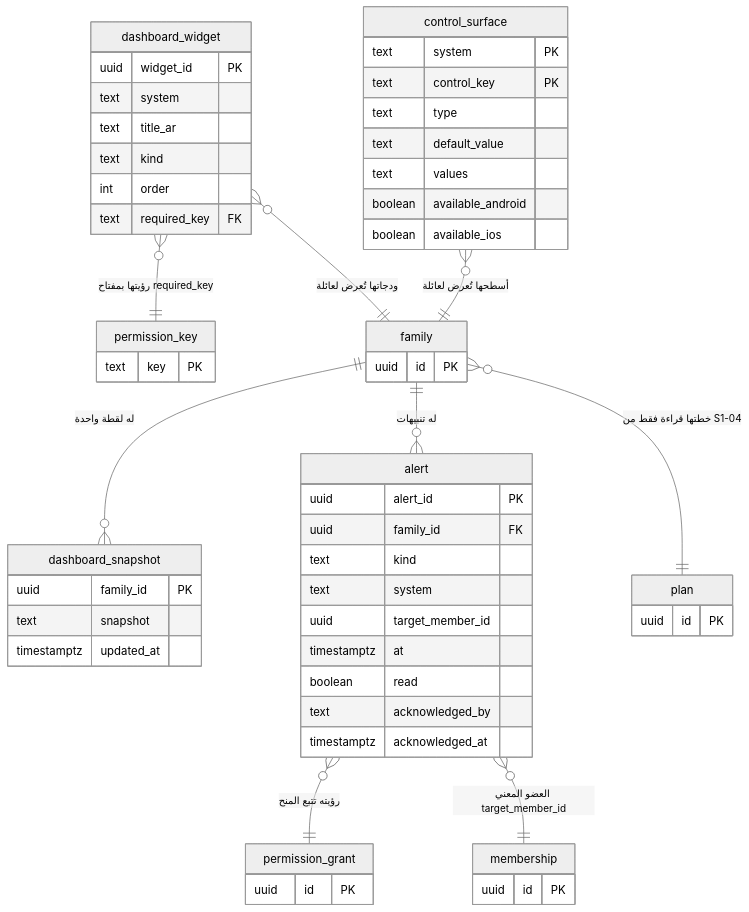
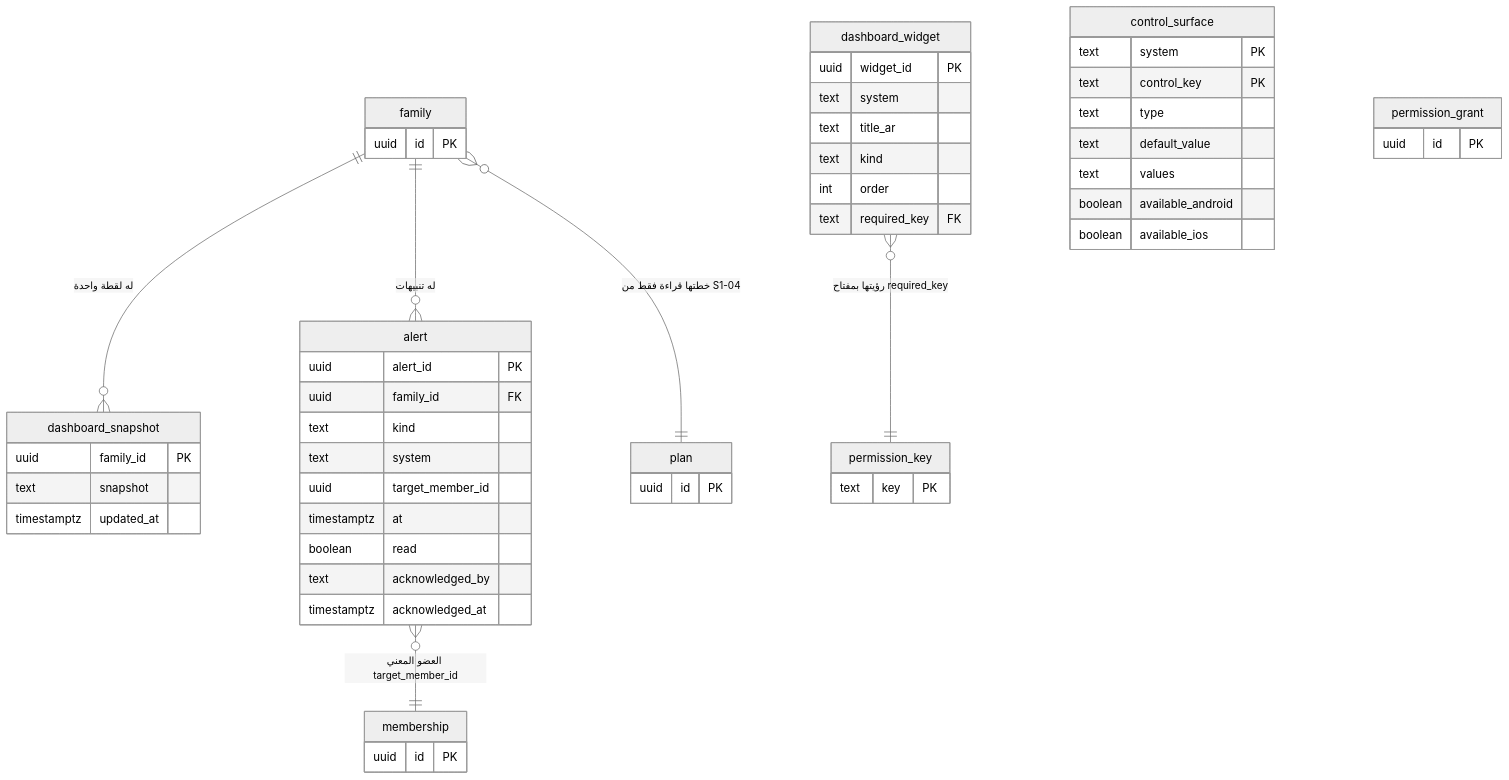
One commit to Bassam-mohammed-alqaeadi/family-os-v2 changed the second of 12 diagrams in docs/family-os/governance/phases/phase-1/S1-09-command-center-and-settings/DIAGRAMS.md. Above: the diagram before and after it, drawn with Mermaid (neutral theme). The commit also changed other lines of this file and 11 other files, not shown here.

````diff
--- a/docs/family-os/governance/phases/phase-1/S1-09-command-center-and-settings/DIAGRAMS.md
+++ b/docs/family-os/governance/phases/phase-1/S1-09-command-center-and-settings/DIAGRAMS.md
@@ -99,60 +99,57 @@
 ```mermaid
 erDiagram
     family ||--o{ dashboard_snapshot : "له لقطة واحدة"
     family ||--o{ alert : "له تنبيهات"
     dashboard_widget }o--|| permission_key : "رؤيتها بمفتاح required_key"
-    dashboard_widget }o--|| family : "ودجاتها تُعرض لعائلة"
-    control_surface }o--|| family : "أسطحها تُعرض لعائلة"
-    alert }o--|| permission_grant : "رؤيته تتبع المنح"
     alert }o--|| membership : "العضو المعني target_member_id"
     family }o--|| plan : "خطتها قراءة فقط من S1-04"
 
     dashboard_widget {
         uuid widget_id PK
         text system
         text title_ar
         text kind
         int order
         text required_key FK
     }
     control_surface {
         text system PK
         text control_key PK
         text type
         text default_value
         text values
         boolean available_android
         boolean available_ios
     }
     dashboard_snapshot {
         uuid family_id PK
         text snapshot
         timestamptz updated_at
     }
     alert {
         uuid alert_id PK
         uuid family_id FK
         text kind
         text system
         uuid target_member_id
         timestamptz at
         boolean read
         text acknowledged_by
         timestamptz acknowledged_at
     }
     family {
         uuid id PK
     }
     permission_key {
         text key PK
     }
     permission_grant {
         uuid id PK
     }
     membership {
         uuid id PK
     }
     plan {
         uuid id PK
     }
 ```
````
